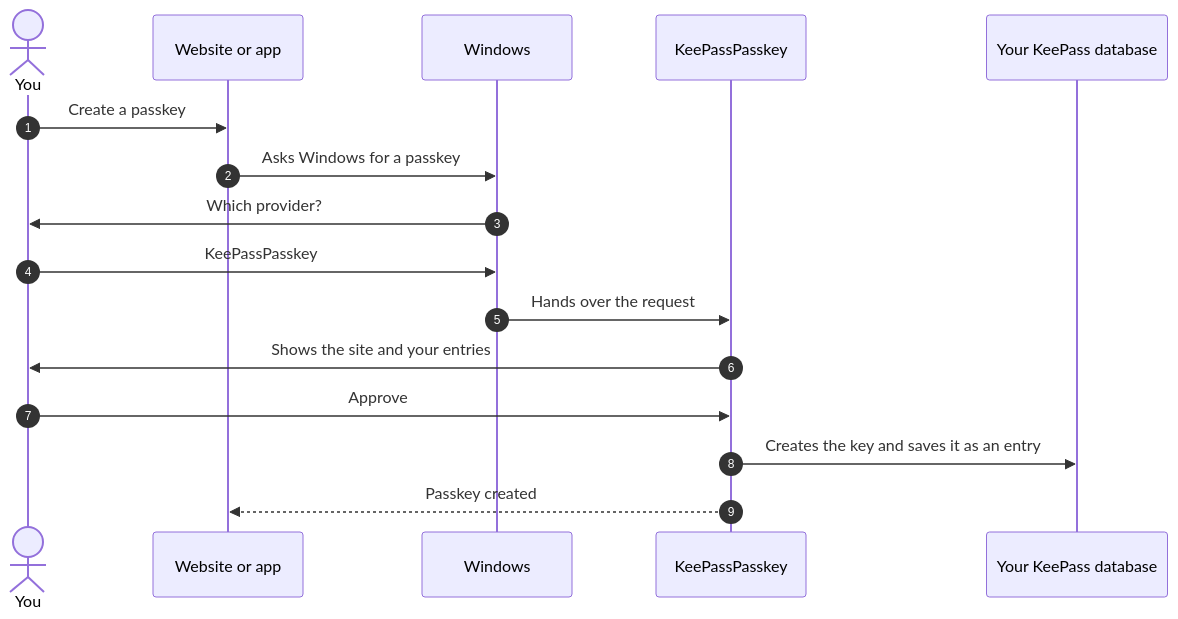
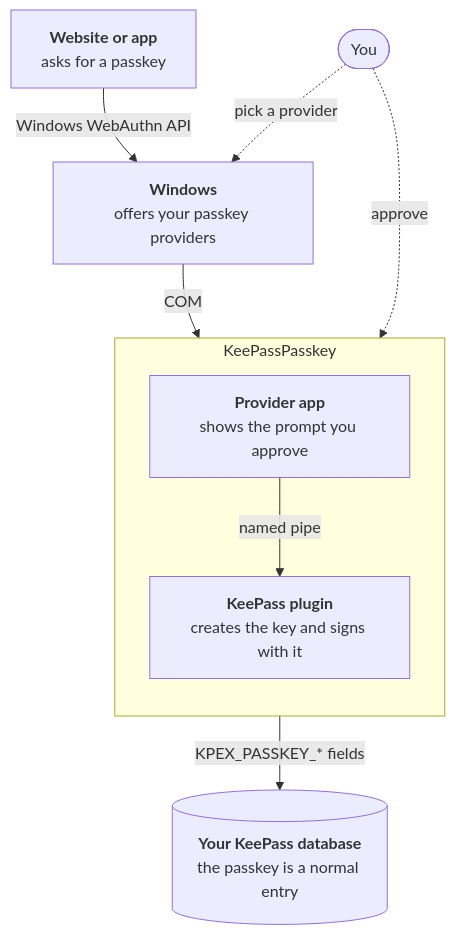
The diagram in README.md (yusei36/KeePassPasskey), drawn with Mermaid before and after one commit. The commit also changed other lines of this file, not shown here.

Commit message:
make the how-it-works diagram show components and what they mean

````diff
--- a/README.md
+++ b/README.md
@@ -20,19 +20,22 @@
 ```mermaid
-sequenceDiagram
-    autonumber
-    actor You
-    participant Site as Website or app
-    participant Windows
-    participant App as KeePassPasskey
-    participant DB as Your KeePass database
+flowchart TB
+    You(["You"])
+    Site["<b>Website or app</b><br/>asks for a passkey"]
+    Win["<b>Windows</b><br/>offers your passkey providers"]
 
-    You->>Site: Create a passkey
-    Site->>Windows: Asks Windows for a passkey
-    Windows->>You: Which provider?
-    You->>Windows: KeePassPasskey
-    Windows->>App: Hands over the request
-    App->>You: Shows the site and your entries
-    You->>App: Approve
-    App->>DB: Creates the key and saves it as an entry
-    App-->>Site: Passkey created
+    subgraph KPP ["KeePassPasskey"]
+        direction TB
+        App["<b>Provider app</b><br/>shows the prompt you approve"]
+        Plug["<b>KeePass plugin</b><br/>creates the key and signs with it"]
+    end
+
+    DB[("<b>Your KeePass database</b><br/>the passkey is a normal entry")]
+
+    Site -->|Windows WebAuthn API| Win
+    Win -->|COM| App
+    App -->|named pipe| Plug
+    Plug -->|KPEX_PASSKEY_* fields| DB
+
+    You -.->|"pick a provider"| Win
+    You -.->|"approve"| App
 ```
````
